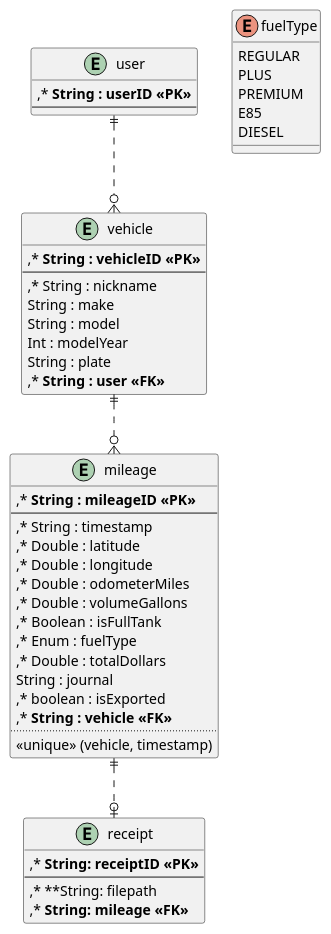
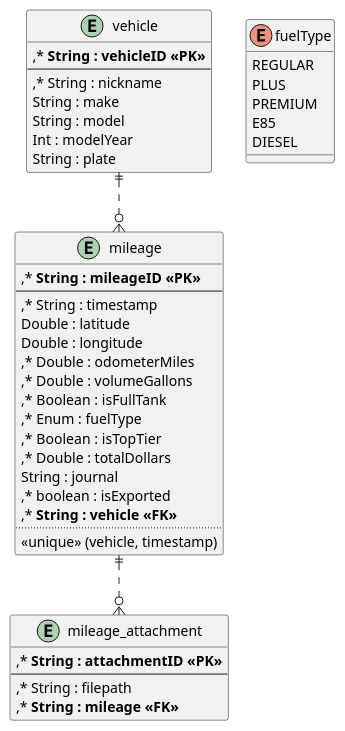
Before and after one commit to officialBeebe/FuelBuddy: the diagram in README.org, drawn with PlantUML. The commit also changed other lines of this file and 3 other files, not shown here.

Commit message:
Update README & diagrams (we're getting close :D)

```diff
--- a/README.org
+++ b/README.org
@@ -58,60 +66,53 @@
-#+begin_src plantuml :file diagrams/erd.svg :tangle diagrams/erd.puml :exports none
+#+begin_src plantuml :file diagrams/erd.svg :tangle diagrams/erd.puml :exports none :results none
 @startuml
-
-entity "user" as u {
-        ,* **String : userID <<PK>>**
-        --
-}
-
 
 entity "vehicle" as v {
         ,* **String : vehicleID <<PK>>**
         --
         ,* String : nickname
         String : make
         String : model
         Int : modelYear
         String : plate
-        ,* **String : user <<FK>>**
 }
 
 
 entity "mileage" as m {
         ,* **String : mileageID <<PK>>**
         --
         ,* String : timestamp
-        ,* Double : latitude
-        ,* Double : longitude
+        Double : latitude
+        Double : longitude
         ,* Double : odometerMiles
         ,* Double : volumeGallons
         ,* Boolean : isFullTank
         ,* Enum : fuelType
+        ,* Boolean : isTopTier
         ,* Double : totalDollars
         String : journal
         ,* boolean : isExported
         ,* **String : vehicle <<FK>>**
         ..
         <<unique>> (vehicle, timestamp)
 }
 
-entity "receipt" as mr {
-        ,* **String: receiptID <<PK>>**
+entity "mileage_attachment" as ma {
+        ,* **String : attachmentID <<PK>>**
         --
-        ,* **String: filepath
-        ,* **String: mileage <<FK>>**
+        ,* String : filepath
+        ,* **String : mileage <<FK>>**
 }
 
 enum "fuelType" as ft {
         REGULAR
         PLUS
         PREMIUM
         E85
         DIESEL
 }
 
-u ||..o{ v
 v ||..o{ m
-m ||..o| mr
+m ||..o{ ma
 
 @enduml
 #+end_src
```
